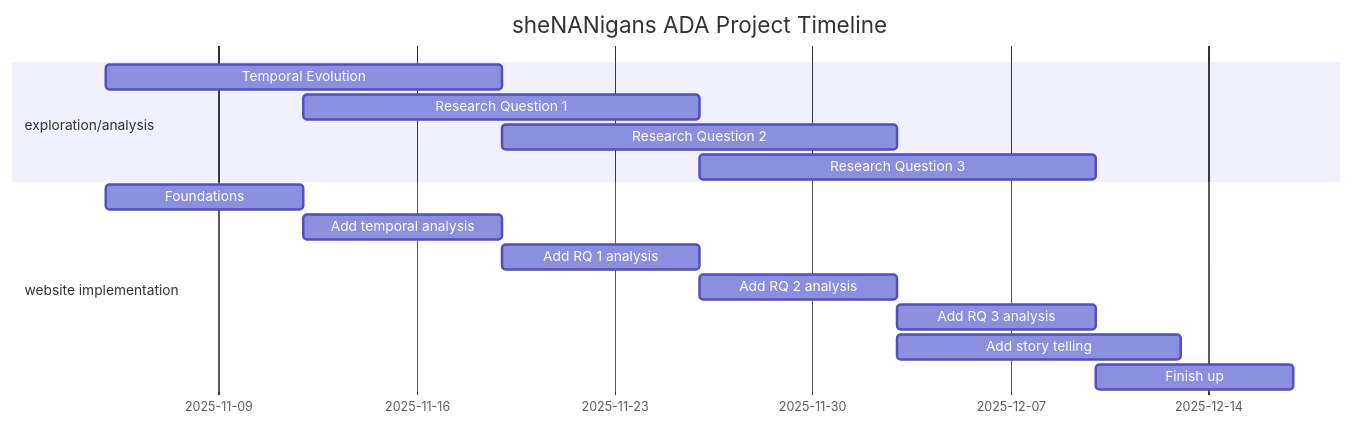
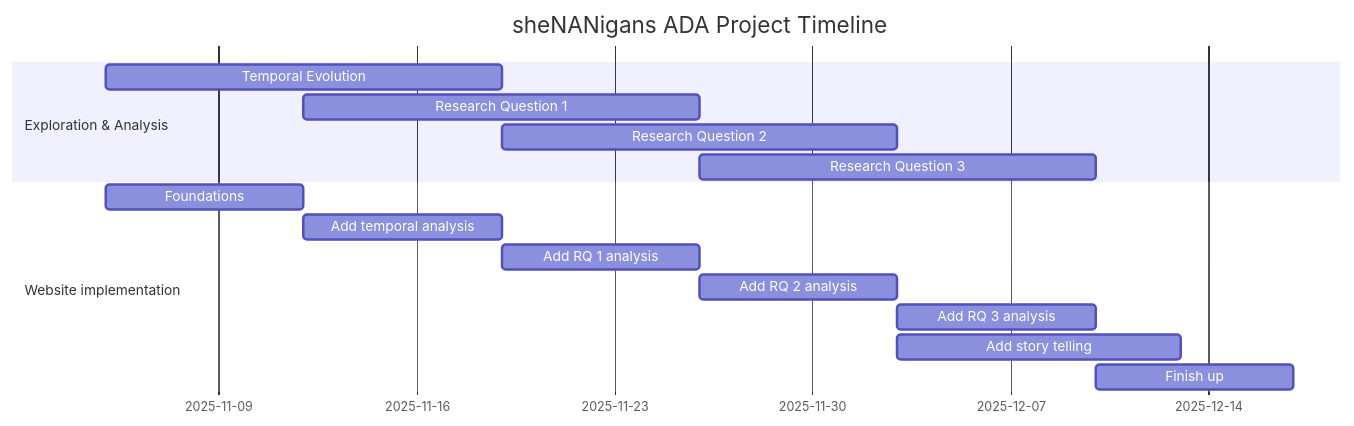
One commit to epfl-ada/ada-2025-project-shenanigans changed the diagram in README.md. Above: the diagram before and after it, drawn with Mermaid.

````diff
--- a/README.md
+++ b/README.md
@@ -139,19 +139,19 @@
 ```mermaid
 gantt
     title sheNANigans ADA Project Timeline
     dateFormat YYYY-MM-DD
     tickInterval 1week
-    section exploration/analysis
+    section Exploration & Analysis
         Temporal Evolution : 2025-11-5, 14d
         Research Question 1 : 2025-11-12, 14d
         Research Question 2 : 2025-11-19, 14d
         Research Question 3 : 2025-11-26, 14d
-    section website implementation
+    section Website implementation
         Foundations        : 2025-11-5, 7d
         Add temporal analysis  : 2025-11-12, 7d
         Add RQ 1 analysis  : 2025-11-19, 7d
         Add RQ 2 analysis  : 2025-11-26, 7d
         Add RQ 3 analysis  : 2025-12-3, 7d
         Add story telling  : 2025-12-3, 10d
         Finish up          : 2025-12-10, 2025-12-17
 ```
````
